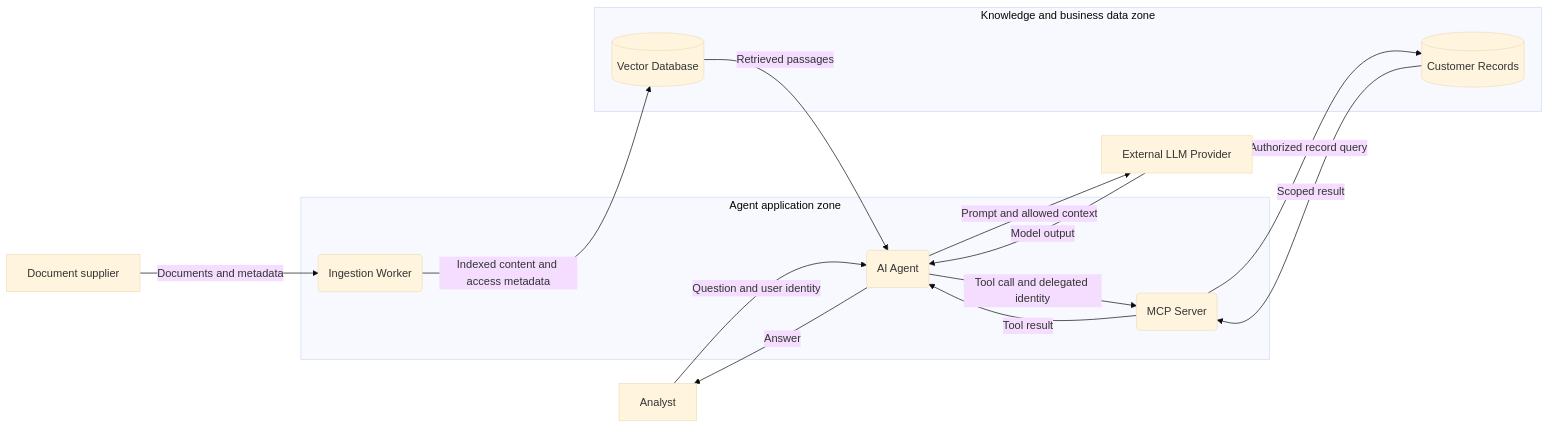
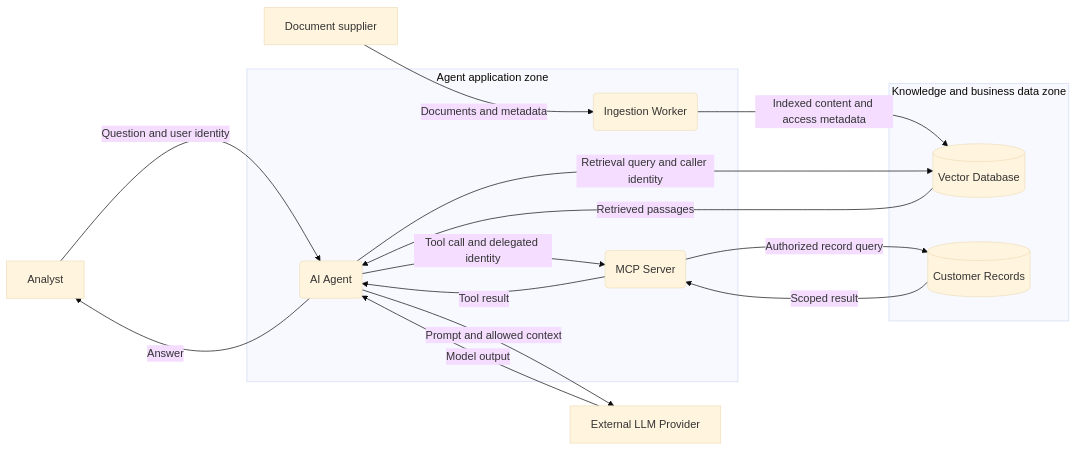
Before and after one commit to 0xdhanesh/STRIDE: the fourth of 4 diagrams in GUIDE.md, drawn with Mermaid (base theme). The commit also changed other lines of this file and 2 other files, not shown here.

````diff
--- a/GUIDE.md
+++ b/GUIDE.md
@@ -585,26 +585,27 @@
 ```mermaid
 flowchart LR
     user[Analyst]
     provider[External LLM Provider]
     documents[Document supplier]
     subgraph app[Agent application zone]
         agent(AI Agent)
         ingest(Ingestion Worker)
         mcp(MCP Server)
     end
     subgraph data[Knowledge and business data zone]
         vector[(Vector Database)]
         business[(Customer Records)]
     end
     user -->|Question and user identity| agent
     documents -->|Documents and metadata| ingest
     ingest -->|Indexed content and access metadata| vector
+    agent -->|Retrieval query and caller identity| vector
     vector -->|Retrieved passages| agent
     agent -->|Prompt and allowed context| provider
     provider -->|Model output| agent
     agent -->|Tool call and delegated identity| mcp
     mcp -->|Authorized record query| business
     business -->|Scoped result| mcp
     mcp -->|Tool result| agent
     agent -->|Answer| user
 ```
````
